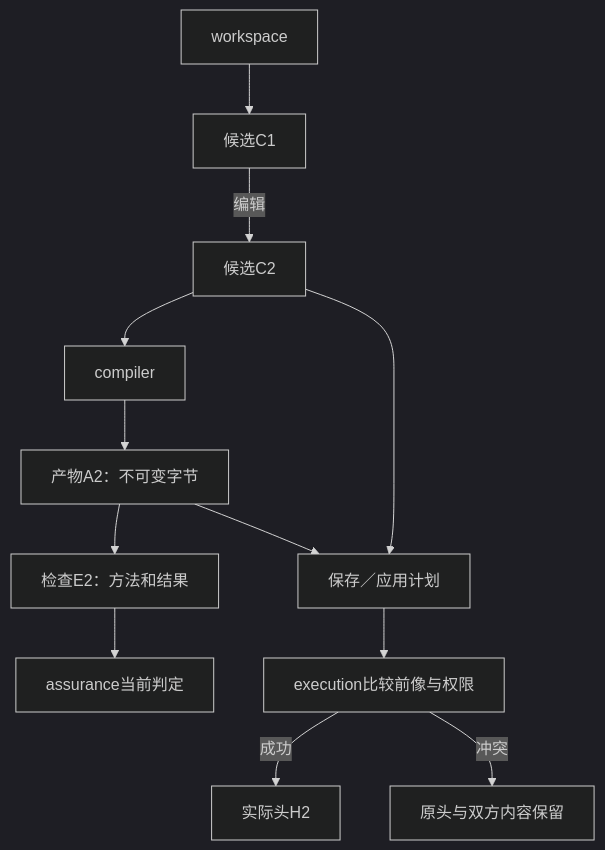
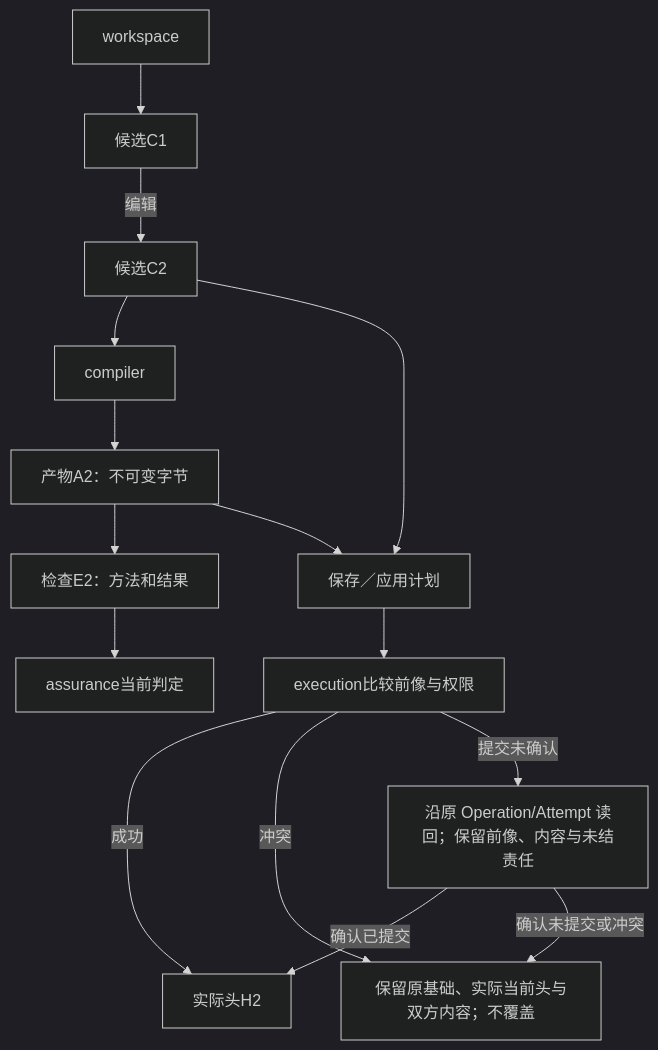
One commit to sec-platform/sec changed the second of 2 diagrams in docs/架构/装配/模块与运行实例.md. Above: the diagram before and after it, drawn with Mermaid (dark theme). The commit also changed other lines of this file and 21 other files, not shown here.

````diff
--- a/docs/架构/装配/模块与运行实例.md
+++ b/docs/架构/装配/模块与运行实例.md
@@ -427,13 +427,16 @@
 ```mermaid
 flowchart TB
  W["workspace"] --> C1["候选C1"]
  C1 -->|编辑| C2["候选C2"]
  C2 --> Comp["compiler"] --> Art["产物A2：不可变字节"]
  Art --> Check["检查E2：方法和结果"]
  Check --> Verdict["assurance当前判定"]
  C2 --> Plan["保存／应用计划"]
  Art --> Plan
  Plan --> Exec["execution比较前像与权限"]
  Exec -->|成功| Head["实际头H2"]
- Exec -->|冲突| Keep["原头与双方内容保留"]
+ Exec -->|冲突| Keep["保留原基础、实际当前头与双方内容；不覆盖"]
+ Exec -->|提交未确认| Unknown["沿原 Operation/Attempt 读回；保留前像、内容与未结责任"]
+ Unknown -->|确认已提交| Head
+ Unknown -->|确认未提交或冲突| Keep
 ```
````
